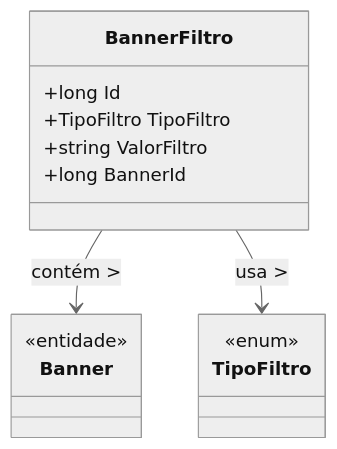
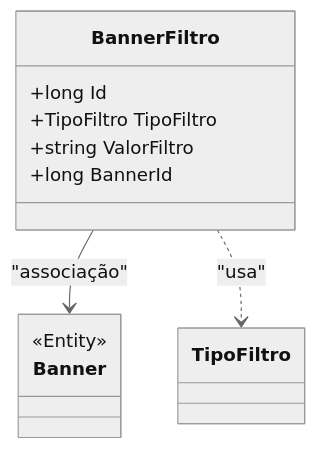
One commit to IsthmusSistemas/documentacao-tecnica changed the diagram in docs/b2b-dominio/IsthmusWinthor.Nucleo/IsthmusWinthor.Dominio/Entidades/BannerFiltro.md. Above: the diagram before and after it, drawn with Mermaid (neutral theme). The commit also changed other lines of this file and 882 other files, not shown here.

````diff
--- a/docs/b2b-dominio/IsthmusWinthor.Nucleo/IsthmusWinthor.Dominio/Entidades/BannerFiltro.md
+++ b/docs/b2b-dominio/IsthmusWinthor.Nucleo/IsthmusWinthor.Dominio/Entidades/BannerFiltro.md
@@ -24,20 +22,16 @@
 ```mermaid
 classDiagram
     class BannerFiltro {
         +long Id
         +TipoFiltro TipoFiltro
         +string ValorFiltro
         +long BannerId
     }
-    
+
     class Banner {
-        <<entidade>>
+        <<Entity>>
     }
     
-    class TipoFiltro {
-        <<enum>>
-    }
-    
-    BannerFiltro --> Banner : contém >
-    BannerFiltro --> TipoFiltro : usa >
+    BannerFiltro --> Banner : "associação"
+    BannerFiltro ..> TipoFiltro : "usa"
 ```
````
